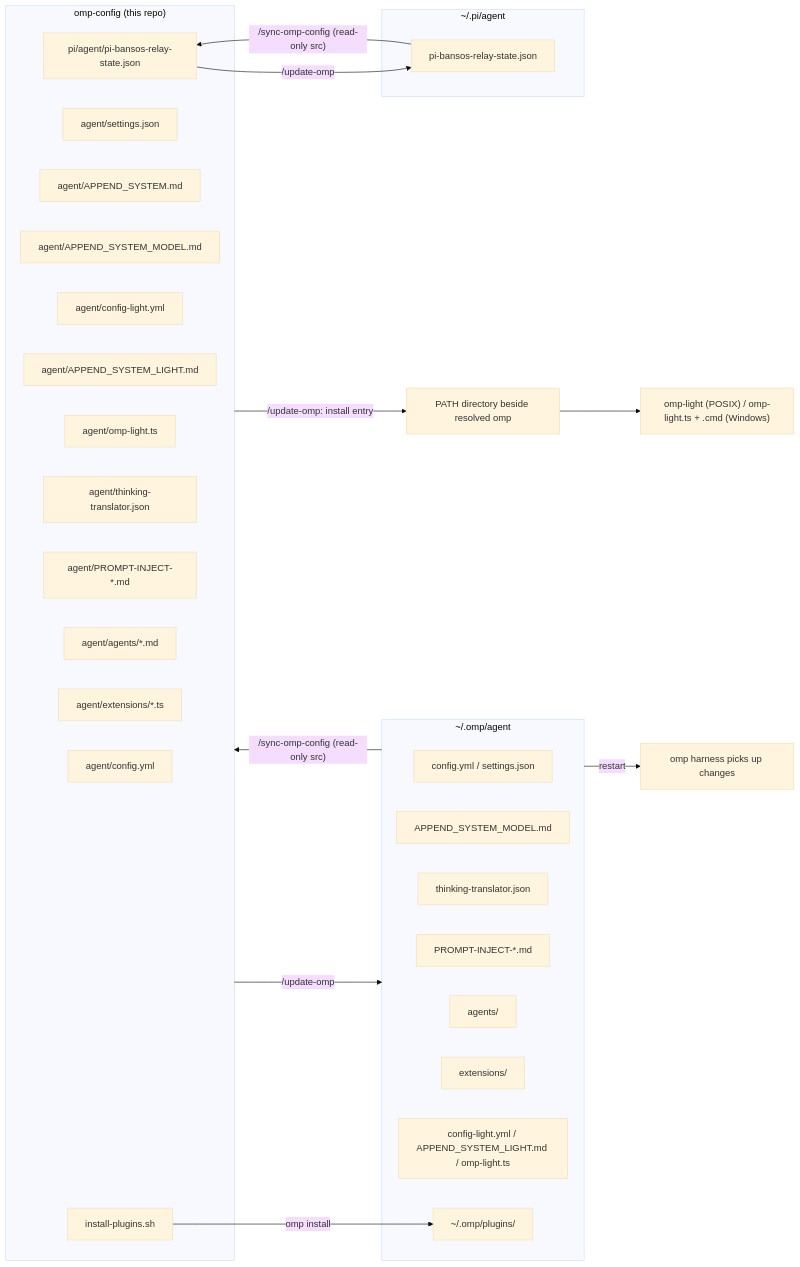
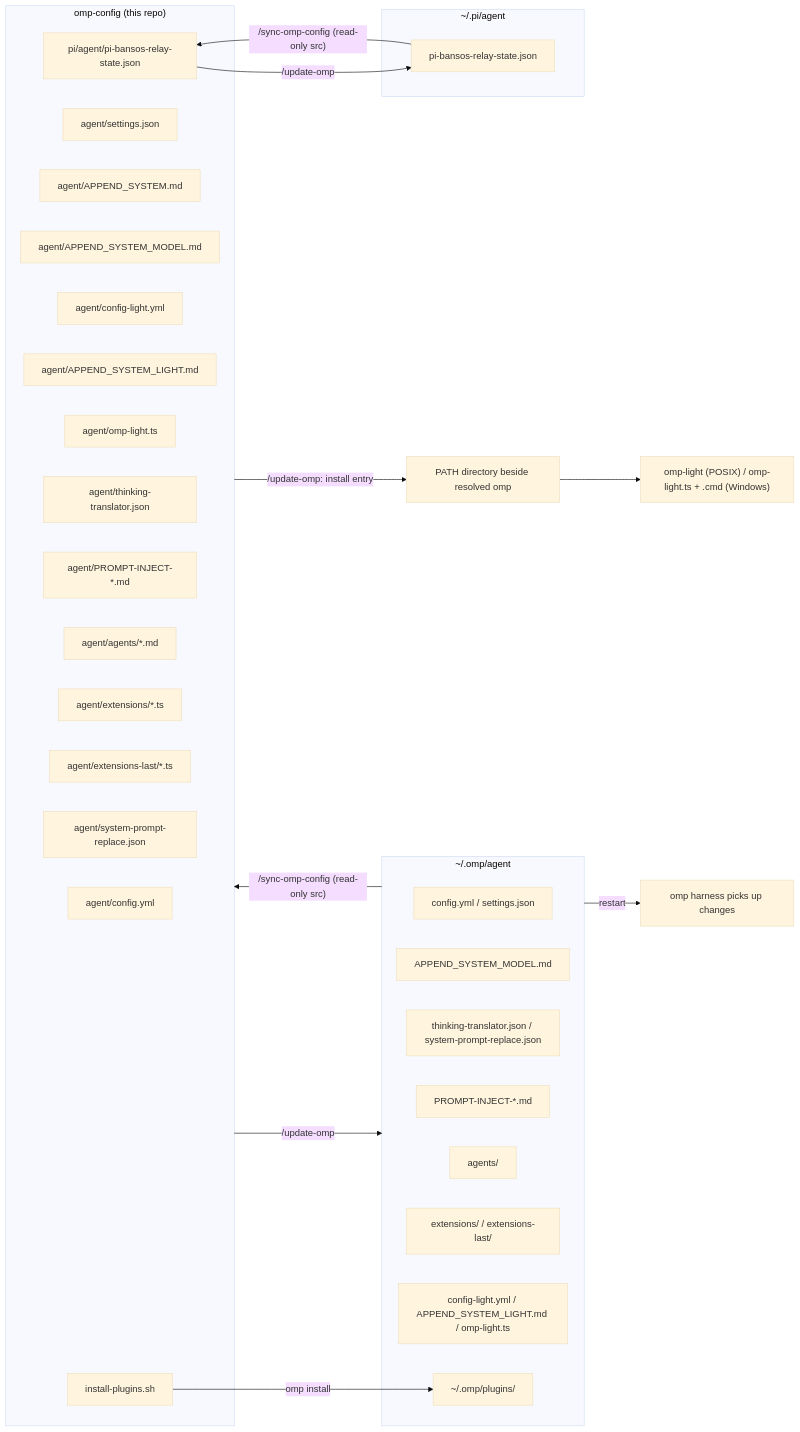
Before and after one commit to mouriya-s-lab/omp-config: the diagram in AGENTS.md, drawn with Mermaid (base theme). The commit also changed other lines of this file and 27 other files, not shown here.

````diff
--- a/AGENTS.md
+++ b/AGENTS.md
@@ -25,41 +26,43 @@
 ```mermaid
 flowchart LR
   subgraph repo["omp-config (this repo)"]
     A["agent/config.yml"]
     S["agent/settings.json"]
     P["agent/APPEND_SYSTEM.md"]
     PM["agent/APPEND_SYSTEM_MODEL.md"]
     L1["agent/config-light.yml"]
     L2["agent/APPEND_SYSTEM_LIGHT.md"]
     L3["agent/omp-light.ts"]
     T["agent/thinking-translator.json"]
     Q["agent/PROMPT-INJECT-*.md"]
     G["agent/agents/*.md"]
     E["agent/extensions/*.ts"]
+    EL["agent/extensions-last/*.ts"]
+    R["agent/system-prompt-replace.json"]
     I["install-plugins.sh"]
     B["pi/agent/pi-bansos-relay-state.json"]
   end
   subgraph machine["~/.omp/agent"]
     LA["config.yml / settings.json"]
     LM["APPEND_SYSTEM_MODEL.md"]
-    LT["thinking-translator.json"]
+    LT["thinking-translator.json / system-prompt-replace.json"]
     LQ["PROMPT-INJECT-*.md"]
     LG["agents/"]
-    LE["extensions/"]
+    LE["extensions/ / extensions-last/"]
     LL["config-light.yml / APPEND_SYSTEM_LIGHT.md / omp-light.ts"]
     PL["~/.omp/plugins/"]
   end
   subgraph pihome["~/.pi/agent"]
     LB["pi-bansos-relay-state.json"]
   end
   O["PATH directory beside resolved omp"]
   M["omp-light (POSIX) / omp-light.ts + .cmd (Windows)"]
   repo -->|"/update-omp"| machine
   B -->|"/update-omp"| LB
   LB -->|"/sync-omp-config (read-only src)"| B
   repo -->|"/update-omp: install entry"| O
   O --> M
   machine -->|"/sync-omp-config (read-only src)"| repo
   I -->|"omp install"| PL
   machine -->|restart| H["omp harness picks up changes"]
 ```
````
